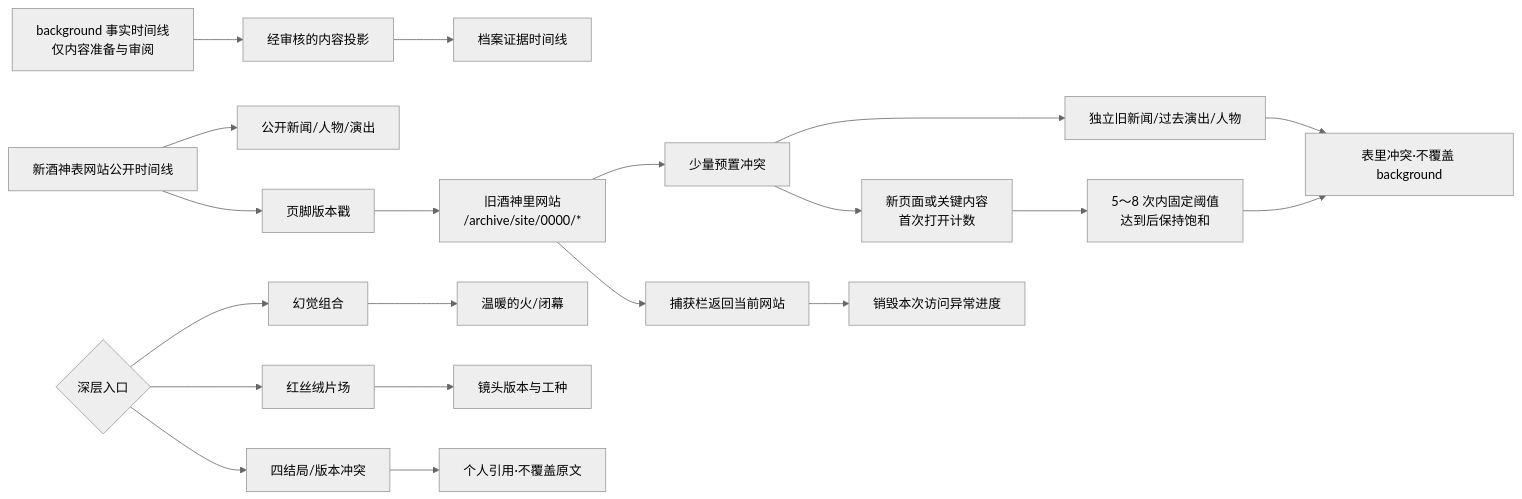
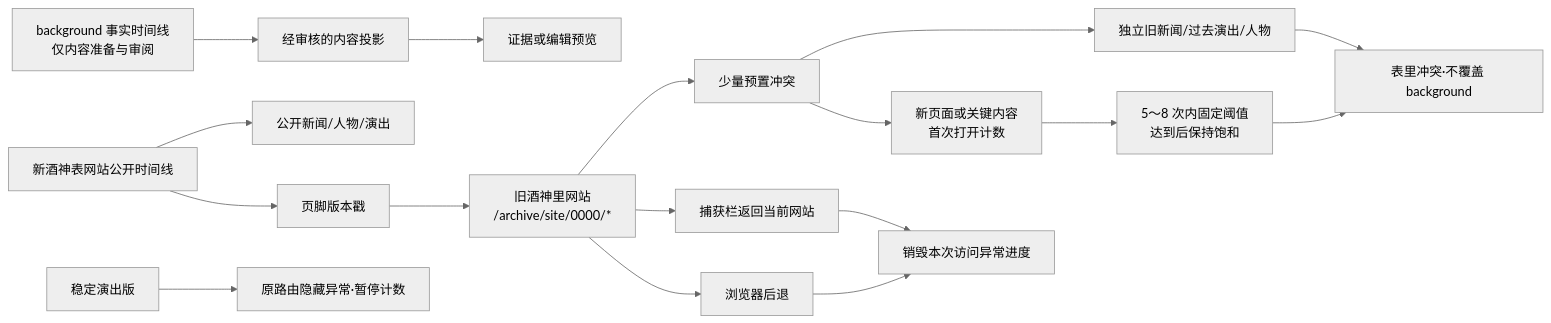
Before and after one commit to Selloryebir/crimson_troupe: the diagram in docs/blueprint/03_journeys/maps/07_时间线与深层叙事.mmd, drawn with Mermaid (neutral theme). The commit also changed 45 other files, not shown here.

```diff
--- a/docs/blueprint/03_journeys/maps/07_时间线与深层叙事.mmd
+++ b/docs/blueprint/03_journeys/maps/07_时间线与深层叙事.mmd
@@ -1,20 +1,17 @@
 flowchart LR
   Background[background 事实时间线<br/>仅内容准备与审阅] --> Curated[经审核的内容投影]
-  Curated --> Evidence[档案证据时间线]
+  Curated --> Evidence[证据或编辑预览]
   Surface[新酒神表网站公开时间线] --> PublicItem[公开新闻/人物/演出]
   Surface --> Stamp[页脚版本戳]
   Stamp --> Inner[旧酒神里网站<br/>/archive/site/0000/*]
   Inner --> Baseline[少量预置冲突]
   Baseline --> Conflict[独立旧新闻/过去演出/人物]
   Conflict --> Compare[表里冲突·不覆盖 background]
   Baseline --> Explore[新页面或关键内容<br/>首次打开计数]
   Explore --> Saturate[5～8 次内固定阈值<br/>达到后保持饱和]
   Saturate --> Compare
   Inner --> Return[捕获栏返回当前网站]
+  Inner --> Back[浏览器后退]
   Return --> Reset[销毁本次访问异常进度]
-  Deep{深层入口} --> Hallucination[幻觉组合]
-  Deep --> Velvet[红丝绒片场]
-  Deep --> Versions[四结局/版本冲突]
-  Hallucination --> Restore[温暖的火/闭幕]
-  Velvet --> Camera[镜头版本与工种]
-  Versions --> Personal[个人引用·不覆盖原文]
+  Back --> Reset
+  Stable[稳定演出版] --> Pause[原路由隐藏异常·暂停计数]
```
